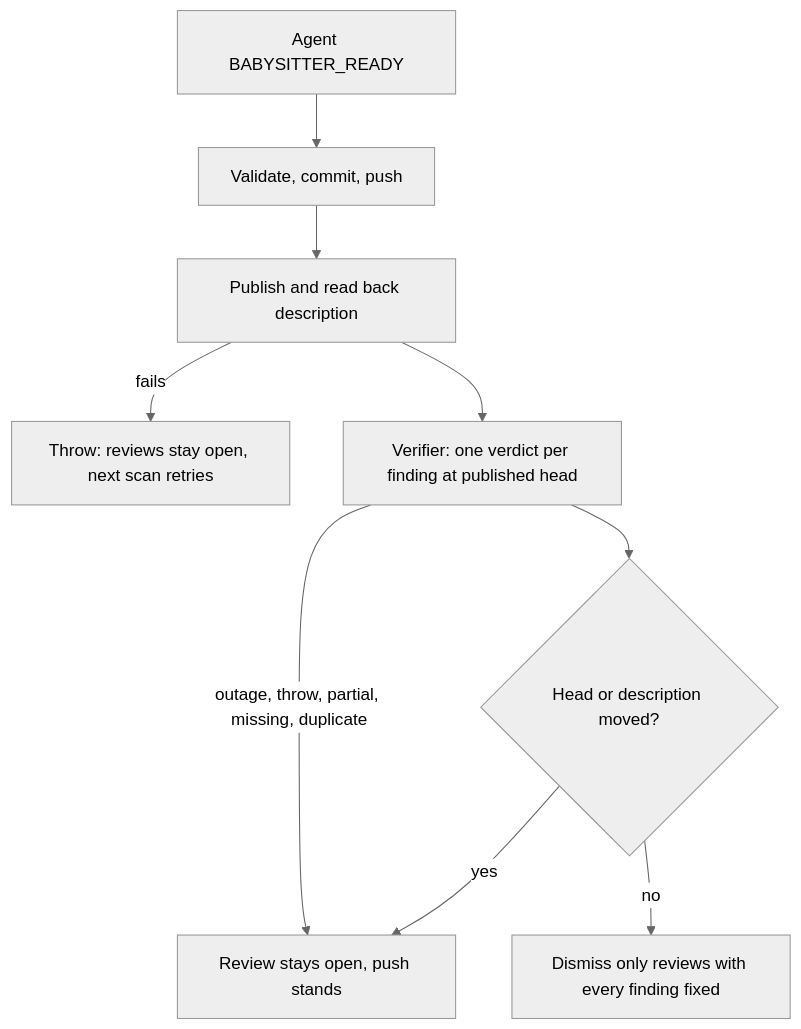
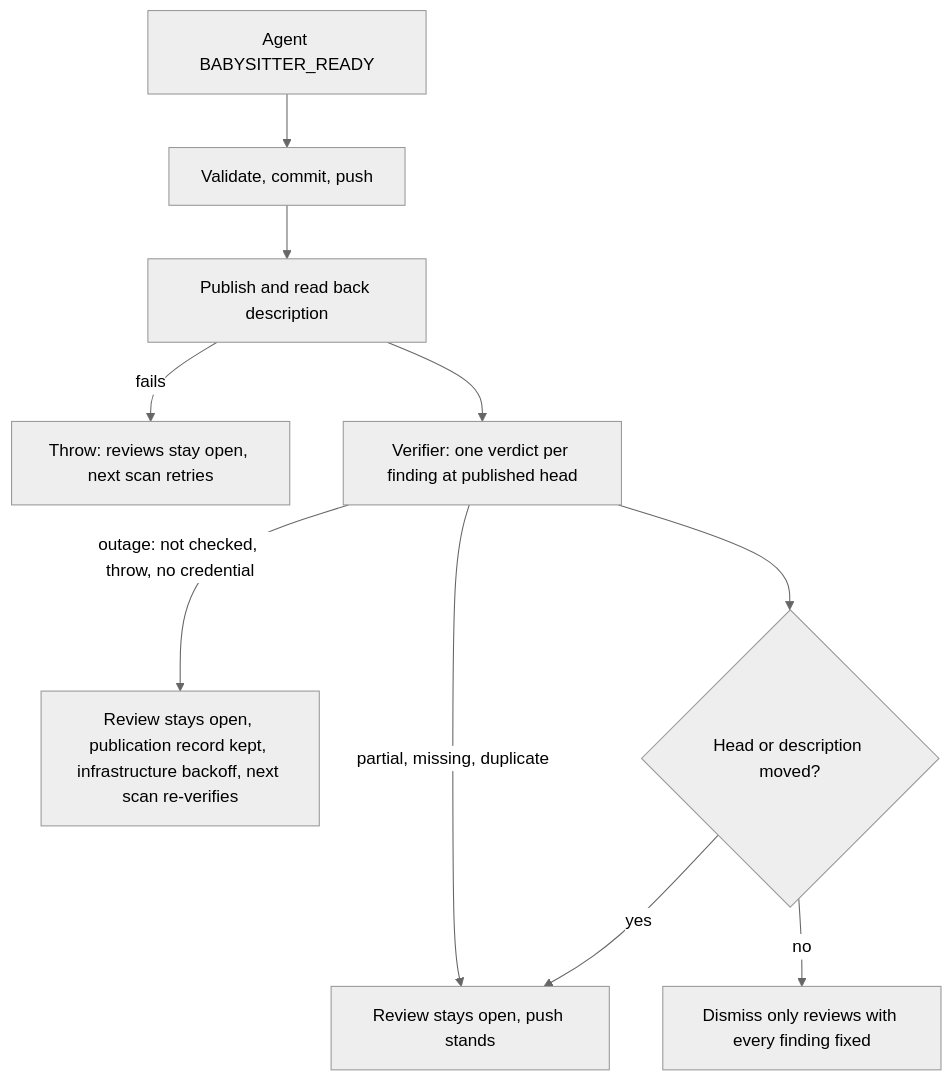
Before and after one commit to stSoftwareAU/VibeCoder: the diagram in docs/archive/pr-summaries/pr-summary-4657.md, drawn with Mermaid (neutral theme). The commit also changed other lines of this file and 10 other files, not shown here.

First line of the commit message:
Babysitter: sandbox the review verifier and treat its outage as infrastructure (PR #4849)

````diff
--- a/docs/archive/pr-summaries/pr-summary-4657.md
+++ b/docs/archive/pr-summaries/pr-summary-4657.md
@@ -11,11 +14,12 @@
 ```mermaid
 flowchart TD
     A[Agent BABYSITTER_READY] --> B[Validate, commit, push]
     B --> C[Publish and read back description]
     C -->|fails| X[Throw: reviews stay open, next scan retries]
     C --> D[Verifier: one verdict per finding at published head]
-    D -->|outage, throw, partial, missing, duplicate| K[Review stays open, push stands]
+    D -->|partial, missing, duplicate| K[Review stays open, push stands]
+    D -->|outage: not checked, throw, no credential| O[Review stays open, publication record kept, infrastructure backoff, next scan re-verifies]
     D --> E{Head or description moved?}
     E -->|yes| K
     E -->|no| F[Dismiss only reviews with every finding fixed]
 ```
````
